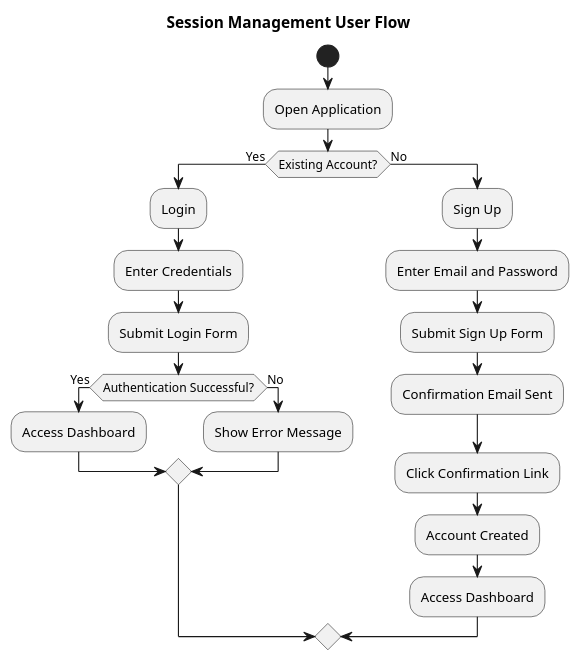
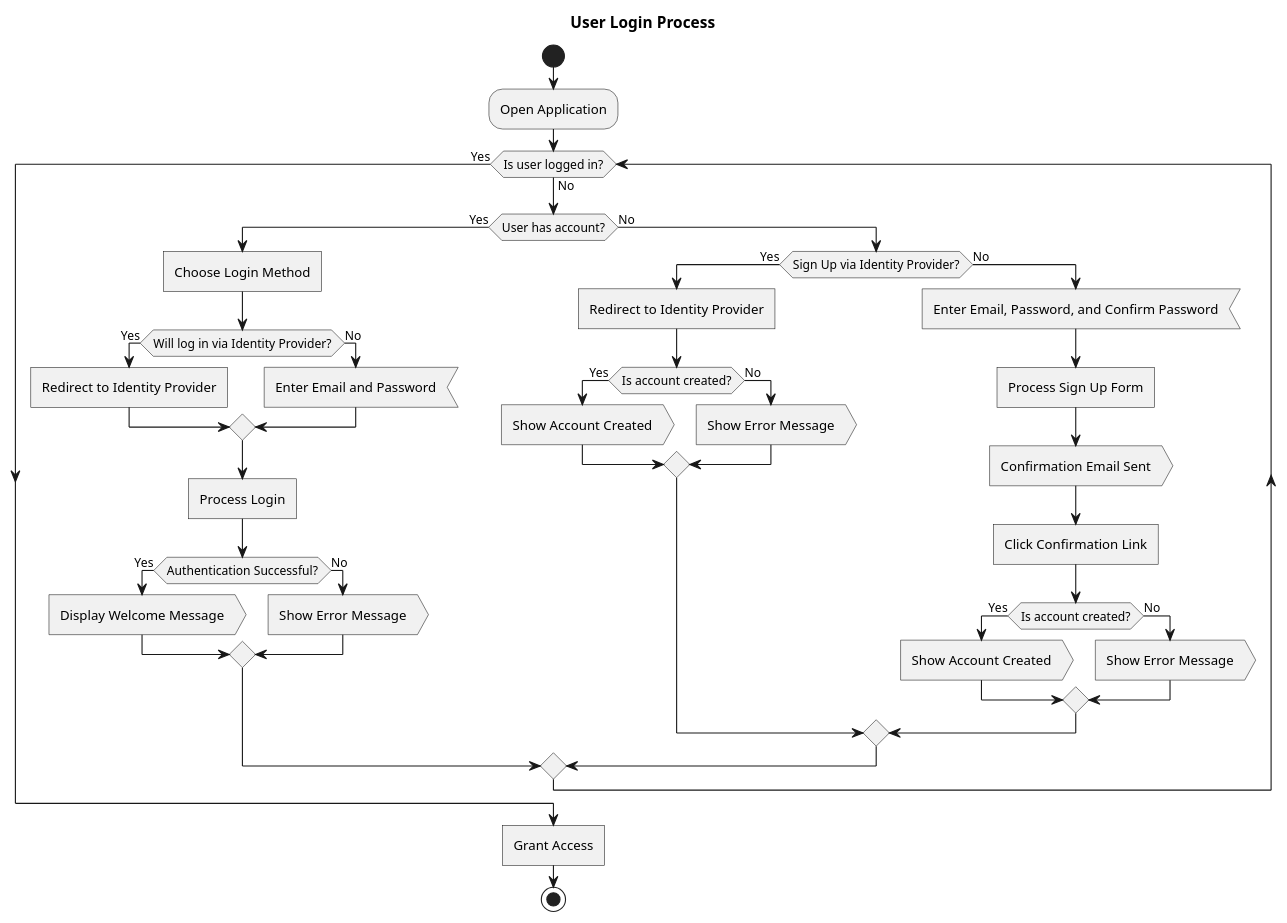
One commit to Guilderm/SnowballPlanner changed the second of 2 diagrams in Documents/Product Requirements Document (PRD).md. Above: the diagram before and after it, drawn with PlantUML. The commit also changed other lines of this file and 3 other files, not shown here.

Commit message:
updated ### 8.1.1. **Session Management:**

````diff
--- a/Documents/Product Requirements Document (PRD).md
+++ b/Documents/Product Requirements Document (PRD).md
@@ -415,28 +419,51 @@
-   ```plantuml:
-    @startuml
-    title Session Management User Flow
+```plantuml:
+@startuml
+title User Login Process
 
-    start
-    :Open Application;
+start
+:Open Application;
 
-    if (Existing Account?) then (Yes)
-      :Login;
-      :Enter Credentials;
-      :Submit Login Form;
-      if (Authentication Successful?) then (Yes)
-        :Access Dashboard;
+while (Is user logged in?) is (No)
+  if (User has account?) then (Yes)
+    :Choose Login Method; <<task>>
+    
+    if (Will log in via Identity Provider?) then (Yes)
+      :Redirect to Identity Provider; <<task>>
+    else (No)
+      :Enter Email and Password; <<input>>
+    endif
+
+    :Process Login; <<task>>
+    if (Authentication Successful?) then (Yes)
+      :Display Welcome Message; <<output>>
+    else (No)
+      :Show Error Message; <<output>>
+    endif
+
+  else (No)
+    if (Sign Up via Identity Provider?) then (Yes)
+      :Redirect to Identity Provider; <<task>>
+      if (Is account created?) then (Yes)
+        :Show Account Created; <<output>>
       else (No)
-        :Show Error Message;
+        :Show Error Message; <<output>>
       endif
     else (No)
-      :Sign Up;
-      :Enter Email and Password;
-      :Submit Sign Up Form;
-      :Confirmation Email Sent;
-      :Click Confirmation Link;
-      :Account Created;
-      :Access Dashboard;
+      :Enter Email, Password, and Confirm Password; <<input>>
+      :Process Sign Up Form; <<task>>
+      :Confirmation Email Sent; <<output>>
+      :Click Confirmation Link; <<task>>
+      if (Is account created?) then (Yes)
+        :Show Account Created; <<output>>
+      else (No)
+        :Show Error Message; <<output>>
+      endif
     endif
+  endif
 
-    @enduml
-   ```
+endwhile (Yes)
+
+:Grant Access; <<task>>
+stop
+@enduml
+```
````
